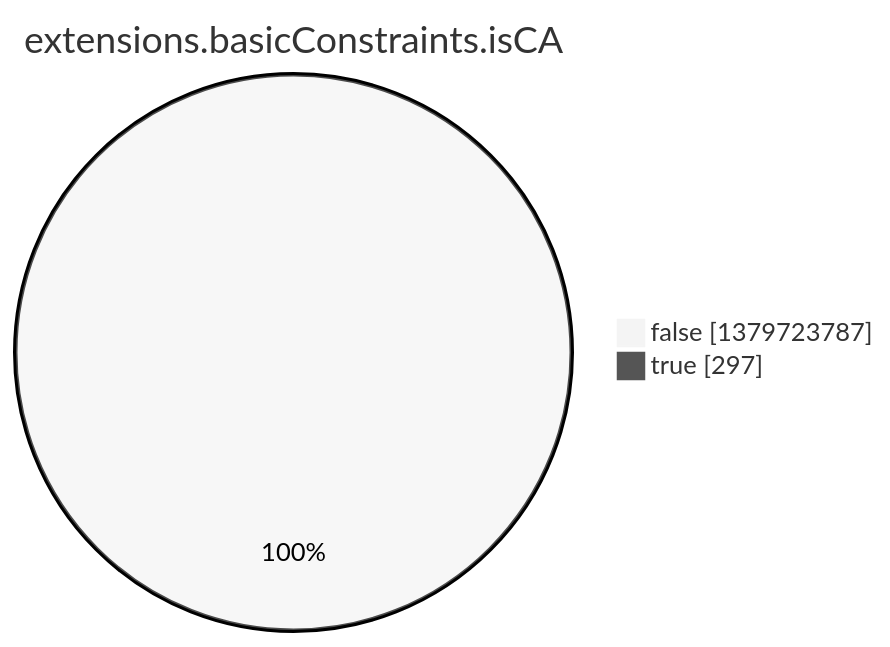
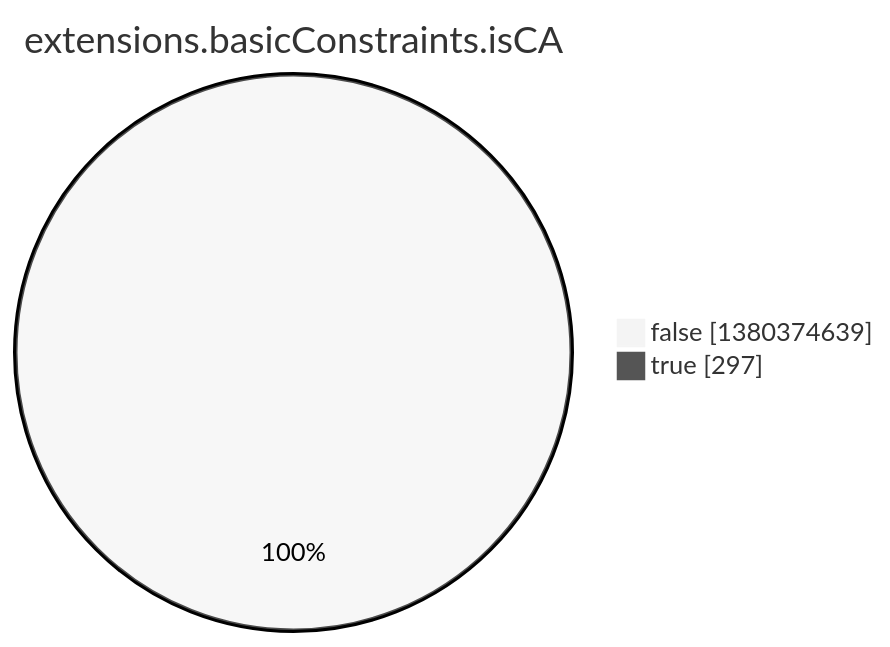
One commit to christiankrug/ctmonitor_visualization changed the eighth of 15 diagrams in argon2022/README.md. Above: the diagram before and after it, drawn with Mermaid (neutral theme). The commit also changed other lines of this file, not shown here.

````diff
--- a/argon2022/README.md
+++ b/argon2022/README.md
@@ -2759,6 +2759,6 @@
 ```mermaid
 pie showData
 title extensions.basicConstraints.isCA
-"false" :1379723787
+"false" :1380374639
 "true" :297
 ```
````
